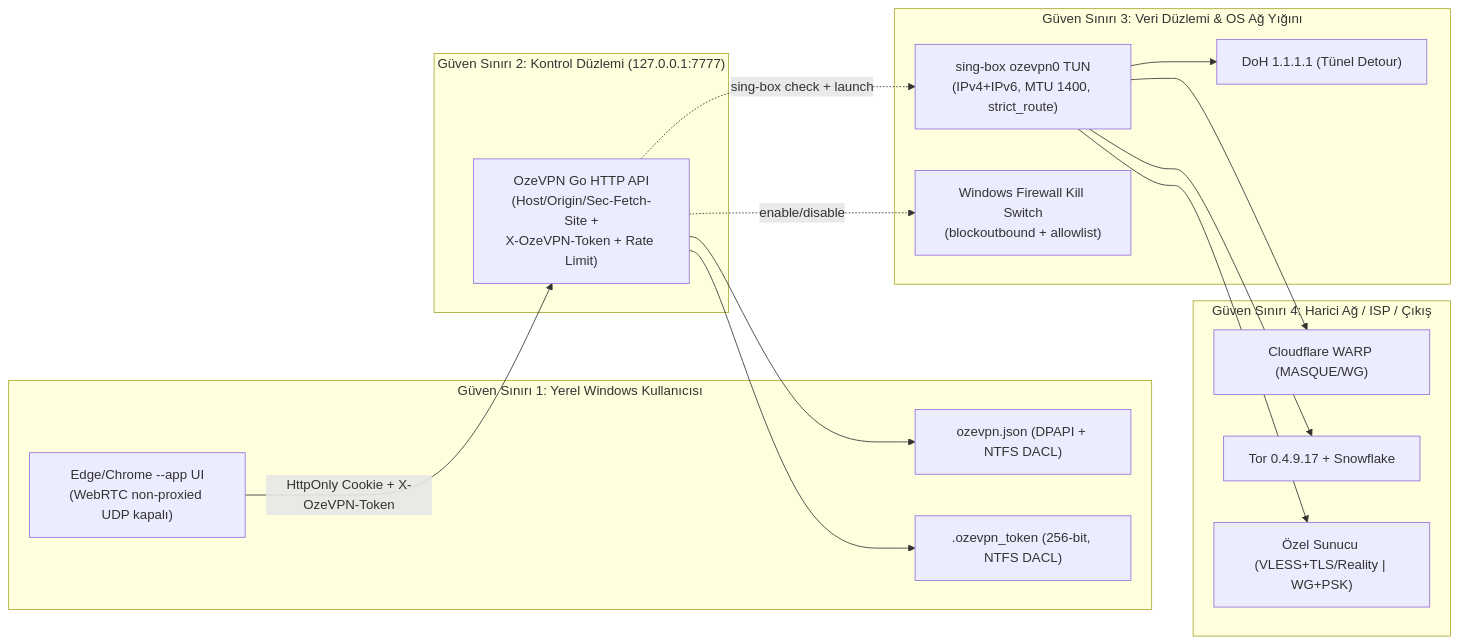
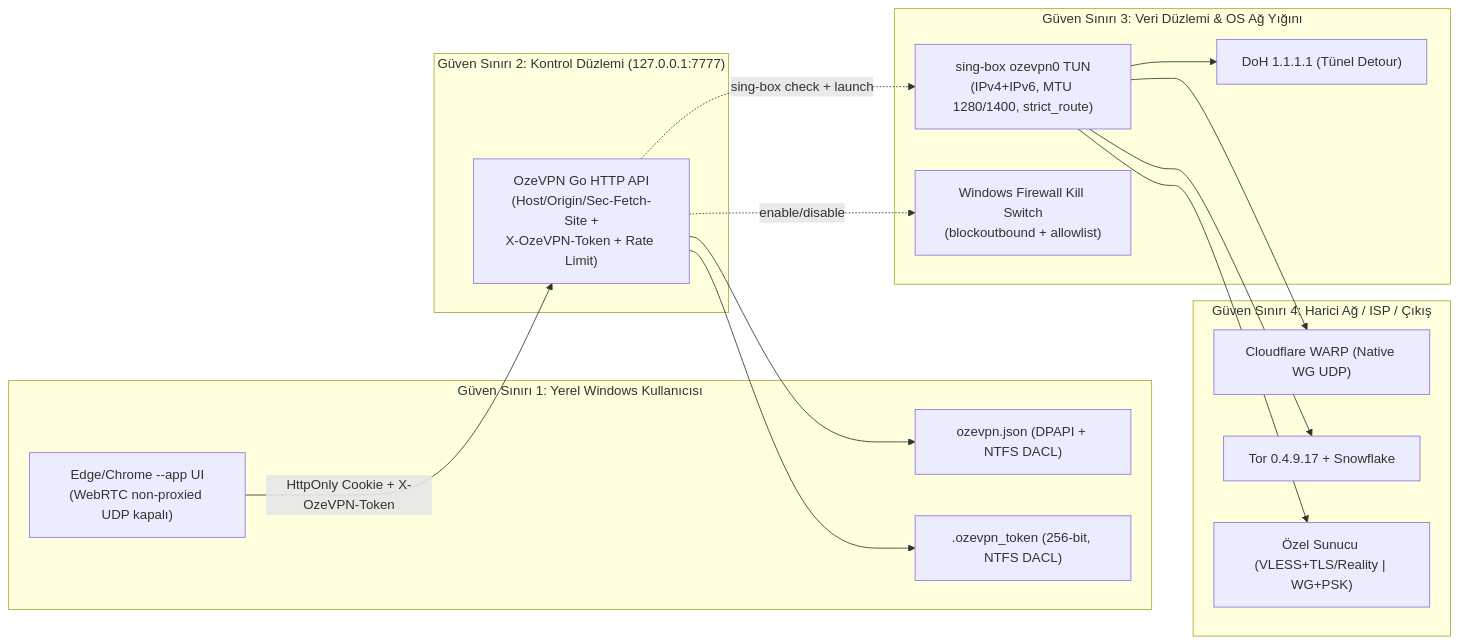
Before and after one commit to KeremKalyoncu/ozevpn: the diagram in docs/THREAT-MODEL.md, drawn with Mermaid. The commit also changed 28 other files, not shown here.

````diff
--- a/docs/THREAT-MODEL.md
+++ b/docs/THREAT-MODEL.md
@@ -5,30 +5,30 @@
 ```mermaid
 flowchart LR
     subgraph TB1["Güven Sınırı 1: Yerel Windows Kullanıcısı"]
         UI["Edge/Chrome --app UI\n(WebRTC non-proxied UDP kapalı)"]
         CFG["ozevpn.json (DPAPI + NTFS DACL)"]
         TOK[".ozevpn_token (256-bit, NTFS DACL)"]
     end
     subgraph TB2["Güven Sınırı 2: Kontrol Düzlemi (127.0.0.1:7777)"]
         API["OzeVPN Go HTTP API\n(Host/Origin/Sec-Fetch-Site +\nX-OzeVPN-Token + Rate Limit)"]
     end
     subgraph TB3["Güven Sınırı 3: Veri Düzlemi & OS Ağ Yığını"]
-        TUN["sing-box ozevpn0 TUN\n(IPv4+IPv6, MTU 1400, strict_route)"]
+        TUN["sing-box ozevpn0 TUN\n(IPv4+IPv6, MTU 1280/1400, strict_route)"]
         KS["Windows Firewall Kill Switch\n(blockoutbound + allowlist)"]
         DNS["DoH 1.1.1.1 (Tünel Detour)"]
     end
     subgraph TB4["Güven Sınırı 4: Harici Ağ / ISP / Çıkış"]
-        WARP["Cloudflare WARP (MASQUE/WG)"]
+        WARP["Cloudflare WARP (Native WG UDP)"]
         TOR["Tor 0.4.9.17 + Snowflake"]
         CUSTOM["Özel Sunucu (VLESS+TLS/Reality | WG+PSK)"]
     end
     UI -->|"HttpOnly Cookie + X-OzeVPN-Token"| API
     API --> CFG
     API --> TOK
     API -.->|"sing-box check + launch"| TUN
     API -.->|"enable/disable"| KS
     TUN --> DNS
     TUN --> WARP
     TUN --> TOR
     TUN --> CUSTOM
 ```
````
